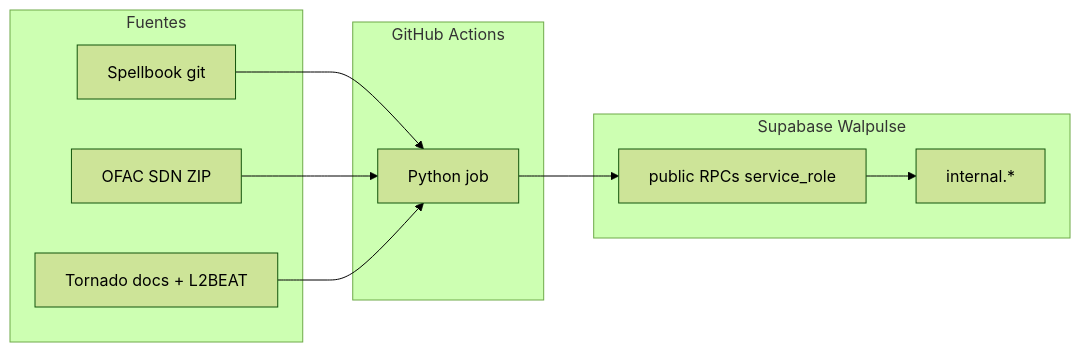
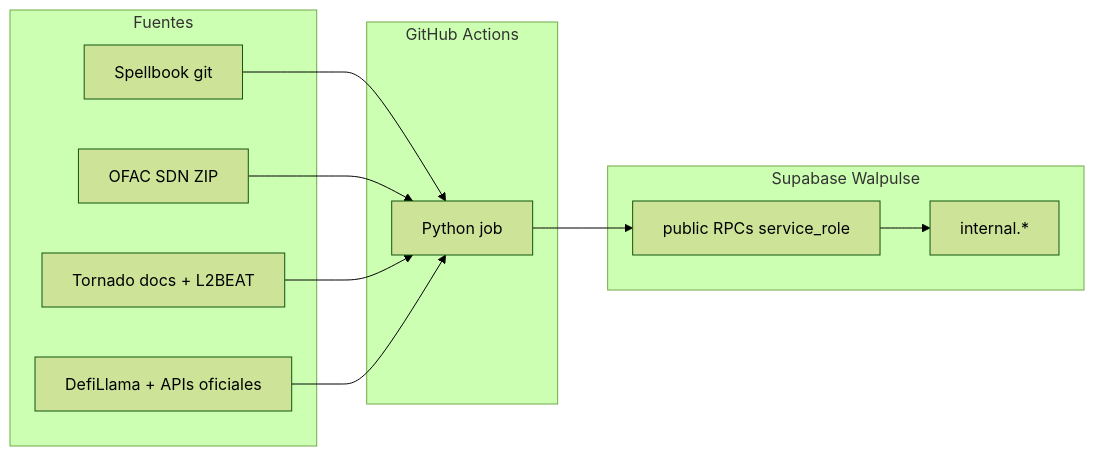
Before and after one commit to walpulse/workers: the diagram in docs/ARCHITECTURE.md, drawn with Mermaid (forest theme). The commit also changed other lines of this file and 19 other files, not shown here.

````diff
--- a/docs/ARCHITECTURE.md
+++ b/docs/ARCHITECTURE.md
@@ -7,19 +7,21 @@
 ```mermaid
 flowchart LR
   subgraph sources [Fuentes]
     SB[Spellbook git]
     OFAC[OFAC SDN ZIP]
     MIX[Tornado docs + L2BEAT]
+    BR[DefiLlama + APIs oficiales]
   end
   subgraph gha [GitHub Actions]
     W[Python job]
   end
   subgraph supa [Supabase Walpulse]
     RPC[public RPCs service_role]
     INT[internal.*]
   end
   SB --> W
   OFAC --> W
   MIX --> W
+  BR --> W
   W --> RPC --> INT
 ```
````
